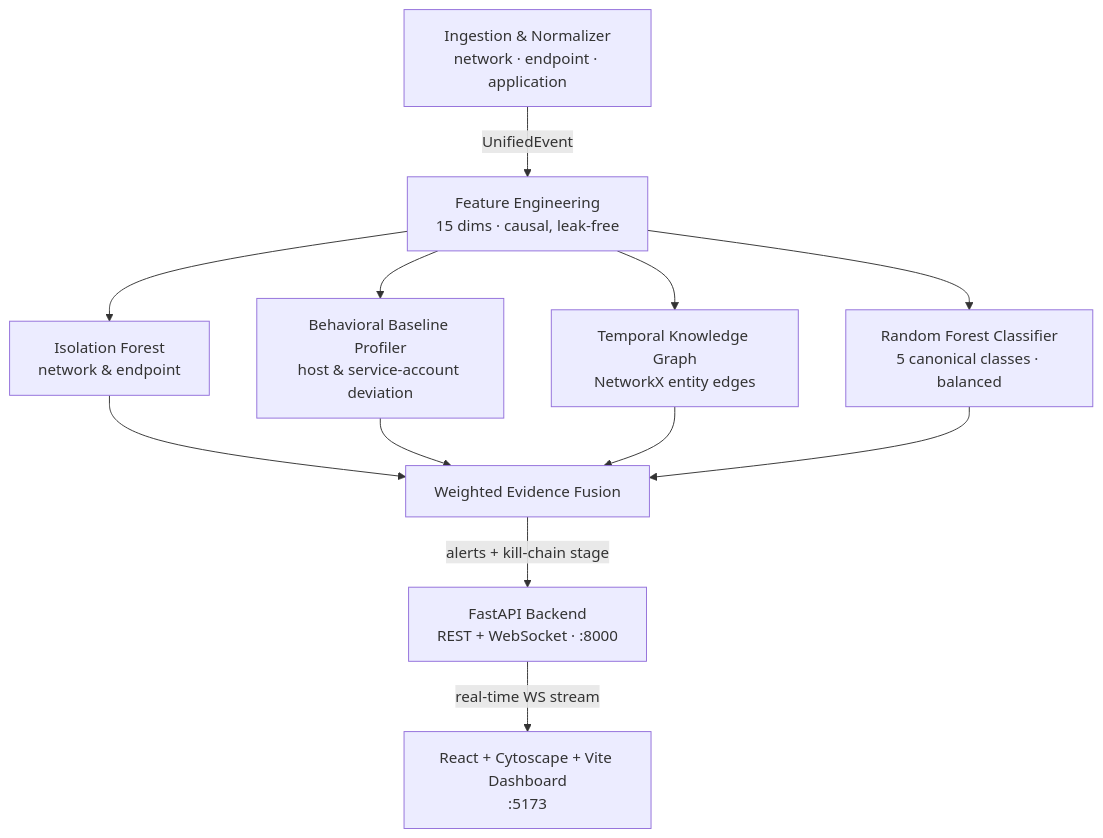
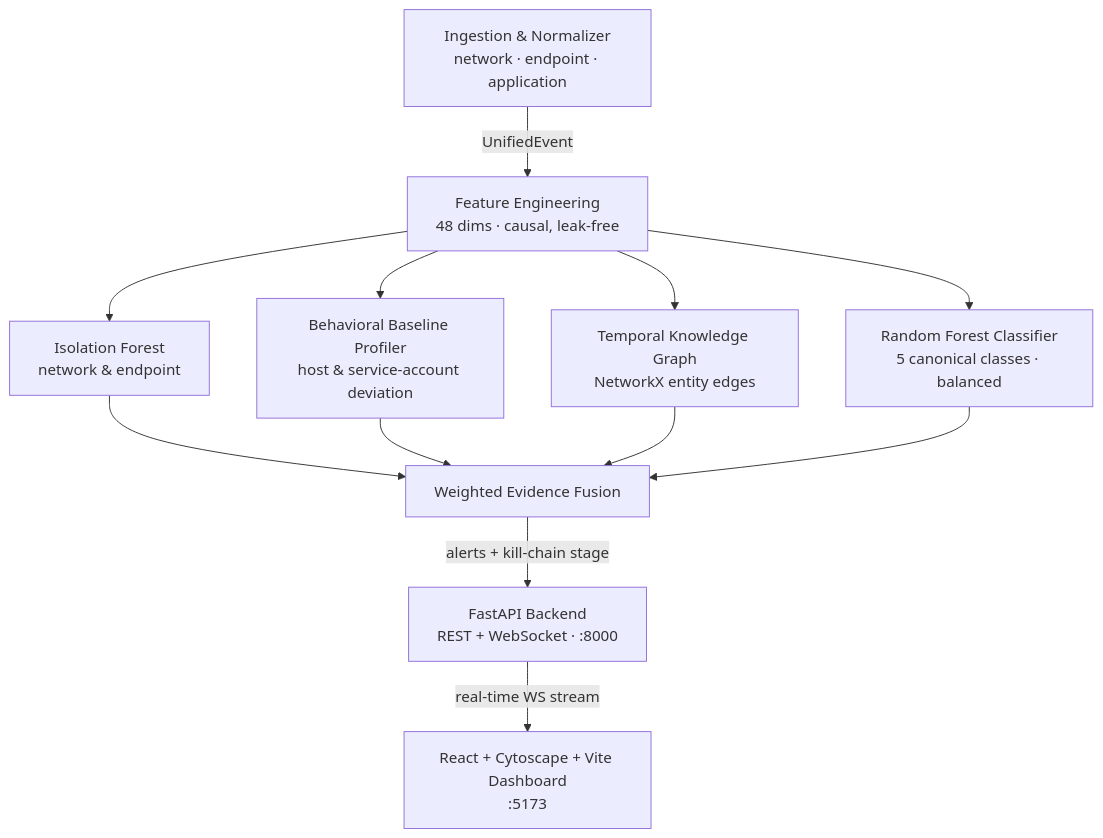
The diagram in README.md (akashcodes23/AEGIS-ML), drawn with Mermaid before and after one commit. The commit also changed other lines of this file and 9 other files, not shown here.

````diff
--- a/README.md
+++ b/README.md
@@ -43,14 +43,14 @@
 ```mermaid
 flowchart TD
-    A[Ingestion & Normalizer<br/>network · endpoint · application] -->|UnifiedEvent| B[Feature Engineering<br/>15 dims · causal, leak-free]
+    A[Ingestion & Normalizer<br/>network · endpoint · application] -->|UnifiedEvent| B[Feature Engineering<br/>48 dims · causal, leak-free]
     B --> C[Isolation Forest<br/>network & endpoint]
     B --> D[Behavioral Baseline Profiler<br/>host & service-account deviation]
     B --> E[Temporal Knowledge Graph<br/>NetworkX entity edges]
     B --> F[Random Forest Classifier<br/>5 canonical classes · balanced]
     C --> G[Weighted Evidence Fusion]
     D --> G
     E --> G
     F --> G
     G -->|alerts + kill-chain stage| H[FastAPI Backend<br/>REST + WebSocket · :8000]
     H -->|real-time WS stream| I[React + Cytoscape + Vite Dashboard<br/>:5173]
 ```
````
